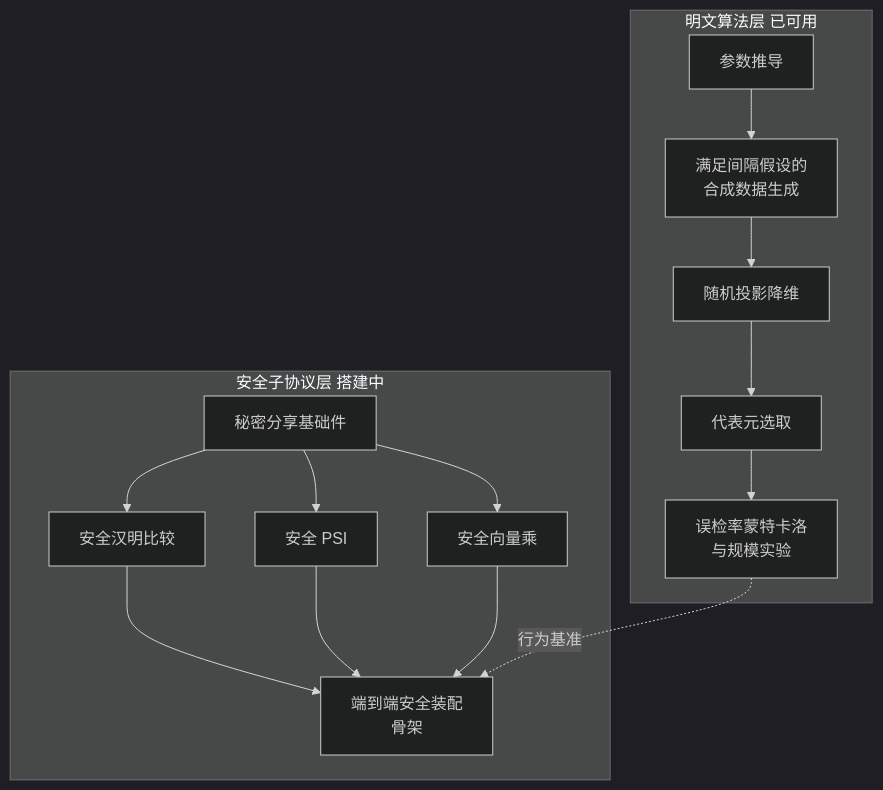
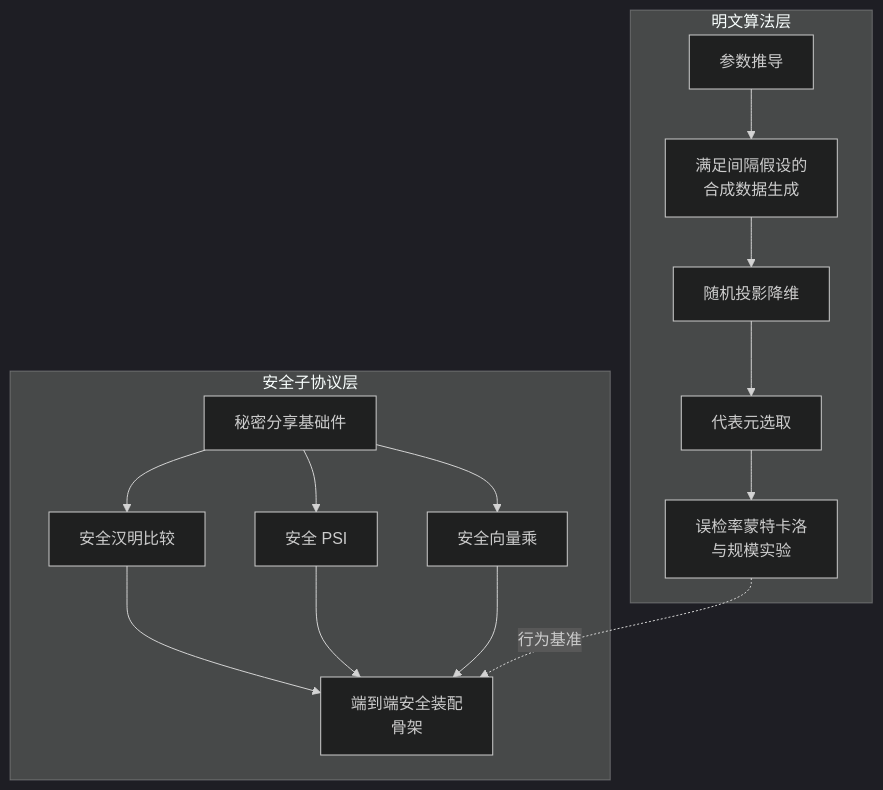
Before and after one commit to SCUT-Elite-Camp/SCUT-Fuzzy-Matching: the diagram in approx-psi-reproduction/README.md, drawn with Mermaid (dark theme). The commit also changed other lines of this file and 27 other files, not shown here.

````diff
--- a/approx-psi-reproduction/README.md
+++ b/approx-psi-reproduction/README.md
@@ -14,18 +14,18 @@
 ```mermaid
 graph TD
-    subgraph 明文算法层 已可用
+    subgraph 明文算法层 
         A[参数推导] --> B[满足间隔假设的<br/>合成数据生成]
         B --> C[随机投影降维]
         C --> D[代表元选取]
         D --> E[误检率蒙特卡洛<br/>与规模实验]
     end
-    subgraph 安全子协议层 搭建中
+    subgraph 安全子协议层 
         F[秘密分享基础件] --> G[安全汉明比较]
         F --> H[安全 PSI]
         F --> I[安全向量乘]
         G --> J[端到端安全装配<br/>骨架]
         H --> J
         I --> J
     end
     E -.->|行为基准| J
 ```
````
